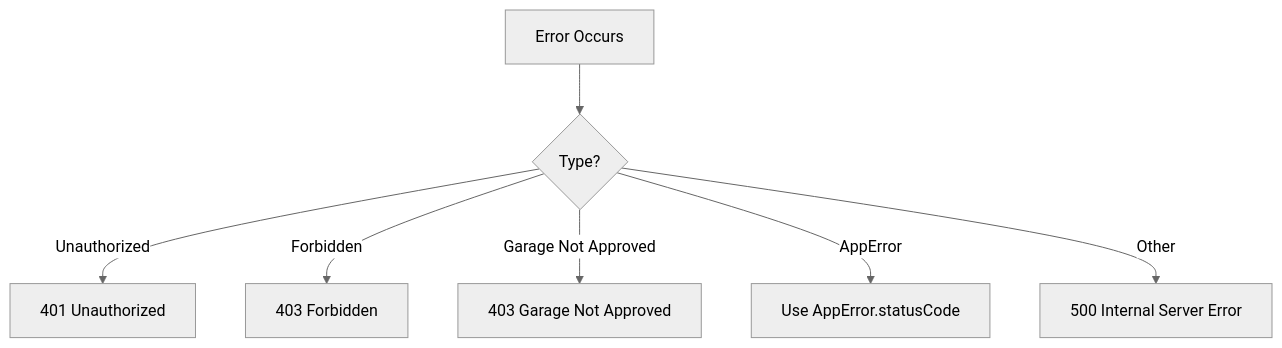
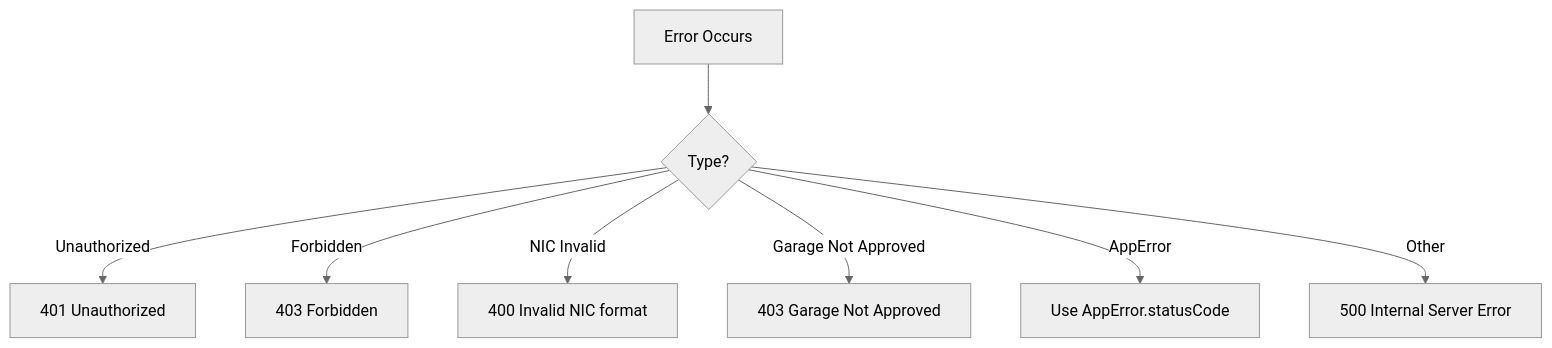
Before and after one commit to NaveenHiranya/Smart-Vehicle-Insurance-Claim-System: diagram 11 of 12 in .qoder/repowiki/en/content/Backend Documentation/Authentication & Authorization.md, drawn with Mermaid (neutral theme). The commit also changed other lines of this file and 38 other files, not shown here.

````diff
--- a/.qoder/repowiki/en/content/Backend Documentation/Authentication & Authorization.md
+++ b/.qoder/repowiki/en/content/Backend Documentation/Authentication & Authorization.md
@@ -498,9 +597,10 @@
 ```mermaid
 flowchart TD
 ErrStart["Error Occurs"] --> Type{"Type?"}
 Type --> |Unauthorized| U401["401 Unauthorized"]
 Type --> |Forbidden| U403["403 Forbidden"]
+Type --> |NIC Invalid| N400["400 Invalid NIC format"]
 Type --> |Garage Not Approved| G403["403 Garage Not Approved"]
 Type --> |AppError| UCode["Use AppError.statusCode"]
 Type --> |Other| U500["500 Internal Server Error"]
 ```
````
